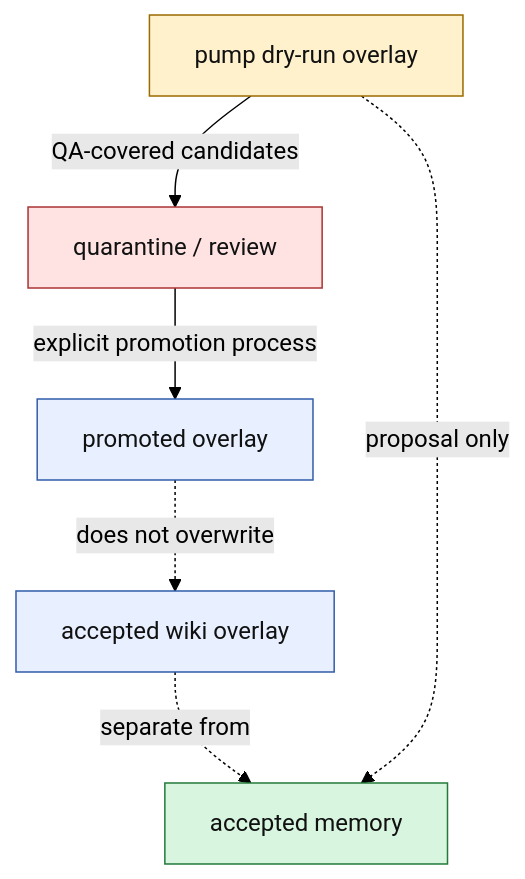
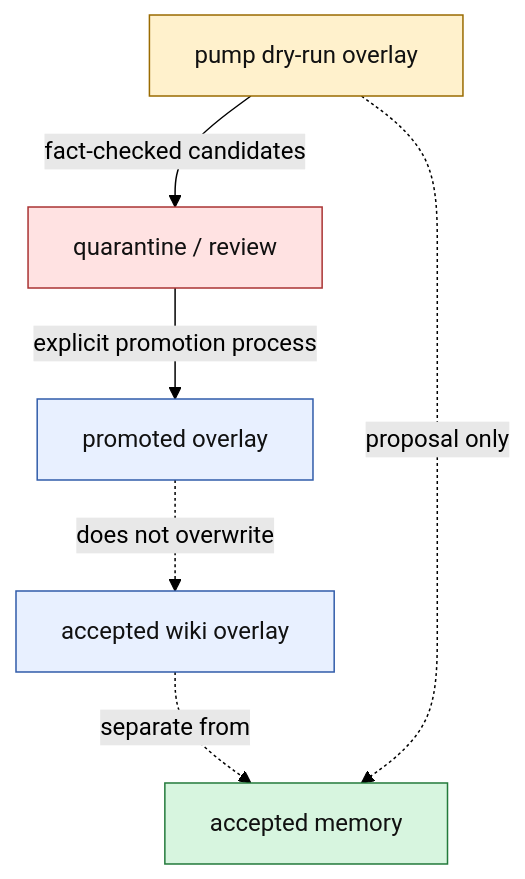
Before and after one commit to zowelqqee/microworld: the fourth of 5 diagrams in README.md, drawn with Mermaid (forest theme). The commit also changed other lines of this file and 1 other file, not shown here.

````diff
--- a/README.md
+++ b/README.md
@@ -448,19 +466,19 @@
 ```mermaid
 flowchart TB
     A["accepted memory"]:::trusted
     W["accepted wiki overlay"]:::overlay
     P["promoted overlay"]:::overlay
     D["pump dry-run overlay"]:::proposal
     Q["quarantine / review"]:::blocked
 
-    D -->|QA-covered candidates| Q
+    D -->|fact-checked candidates| Q
     Q -->|explicit promotion process| P
     P -. does not overwrite .-> W
     W -. separate from .-> A
     D -. proposal only .-> A
 
     classDef trusted fill:#d7f5df,stroke:#237a3b,color:#111;
     classDef overlay fill:#e8f0ff,stroke:#315caa,color:#111;
     classDef proposal fill:#fff1cc,stroke:#9a6b00,color:#111;
     classDef blocked fill:#ffe2e2,stroke:#a33,color:#111;
 ```
````
